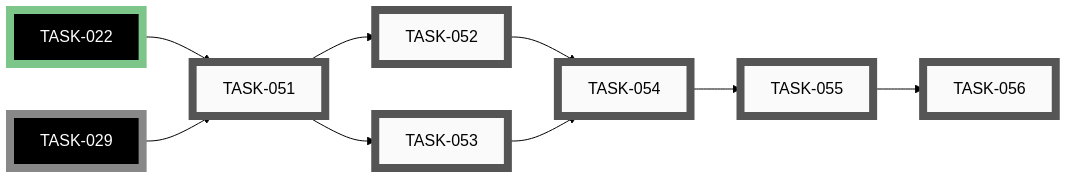
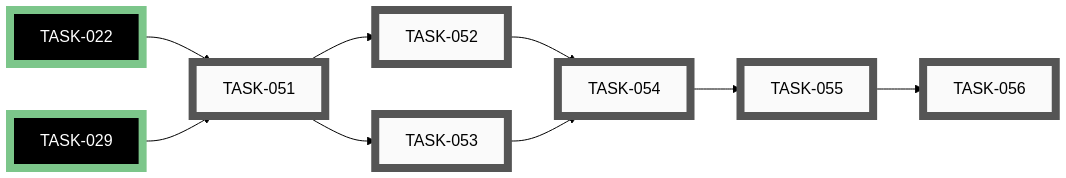
One commit to tgd1975/PartsLedger changed the eighth of 9 diagrams in docs/developers/tasks/EPICS.md. Above: the diagram before and after it, drawn with Mermaid (forest theme). The commit also changed other lines of this file and 35 other files, not shown here.

````diff
--- a/docs/developers/tasks/EPICS.md
+++ b/docs/developers/tasks/EPICS.md
@@ -415,35 +415,35 @@
 ```mermaid
 graph LR
     TASK_051["TASK-051"]:::open
     TASK_052["TASK-052"]:::open
     TASK_053["TASK-053"]:::open
     TASK_054["TASK-054"]:::open
     TASK_055["TASK-055"]:::open
     TASK_056["TASK-056"]:::open
     TASK_022["TASK-022"]:::closedExt
-    TASK_029["TASK-029"]:::openExt
+    TASK_029["TASK-029"]:::closedExt
     TASK_022 --> TASK_051
     TASK_029 --> TASK_051
     TASK_051 --> TASK_052
     TASK_051 --> TASK_053
     TASK_052 --> TASK_054
     TASK_053 --> TASK_054
     TASK_054 --> TASK_055
     TASK_055 --> TASK_056
     click TASK_051 "open/task-051-resistor-localisation-v1.md"
     click TASK_052 "open/task-052-resistor-band-reading-eia.md"
     click TASK_053 "open/task-053-resistor-uniformity-check.md"
     click TASK_054 "open/task-054-resistor-extra-packaging.md"
     click TASK_055 "open/task-055-resistor-trained-detector-v2.md"
     click TASK_056 "open/task-056-resistor-live-overlay-v2.md"
     click TASK_022 "closed/task-022-adopt-src-layout.md"
-    click TASK_029 "open/task-029-optional-dependencies-extras.md"
+    click TASK_029 "closed/task-029-optional-dependencies-extras.md"
     classDef open    fill:#FAFAFA,stroke:#555,stroke-width:8px,color:#000
     classDef active  fill:#FAFAFA,stroke:#1A6FA8,stroke-width:8px,color:#000
     classDef closed  fill:#FAFAFA,stroke:#3F8B53,stroke-width:8px,color:#000
     classDef paused  fill:#FAFAFA,stroke:#B07810,stroke-width:8px,color:#000
     classDef openExt    fill:#000,stroke:#888,stroke-width:8px,color:#FFF
     classDef activeExt  fill:#000,stroke:#3FA9F5,stroke-width:8px,color:#FFF
     classDef closedExt  fill:#000,stroke:#7CC68A,stroke-width:8px,color:#FFF
     classDef pausedExt  fill:#000,stroke:#F0B030,stroke-width:8px,color:#FFF
 ```
````
